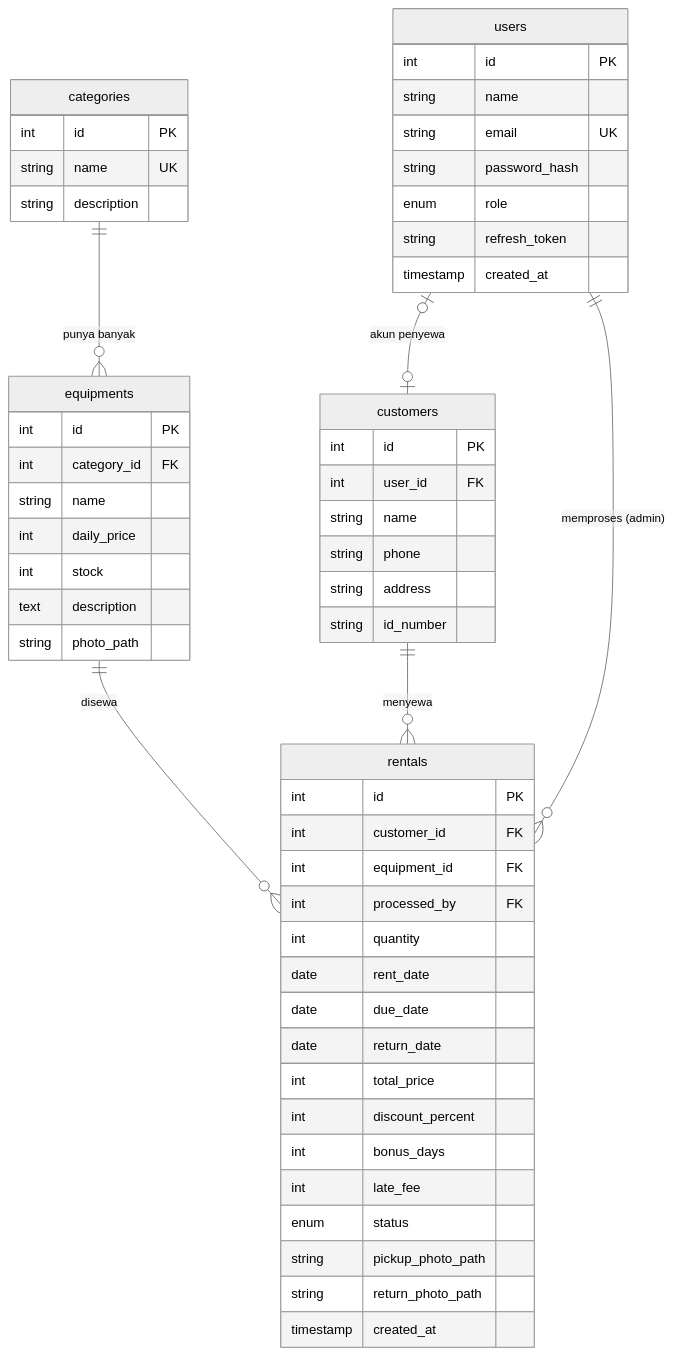
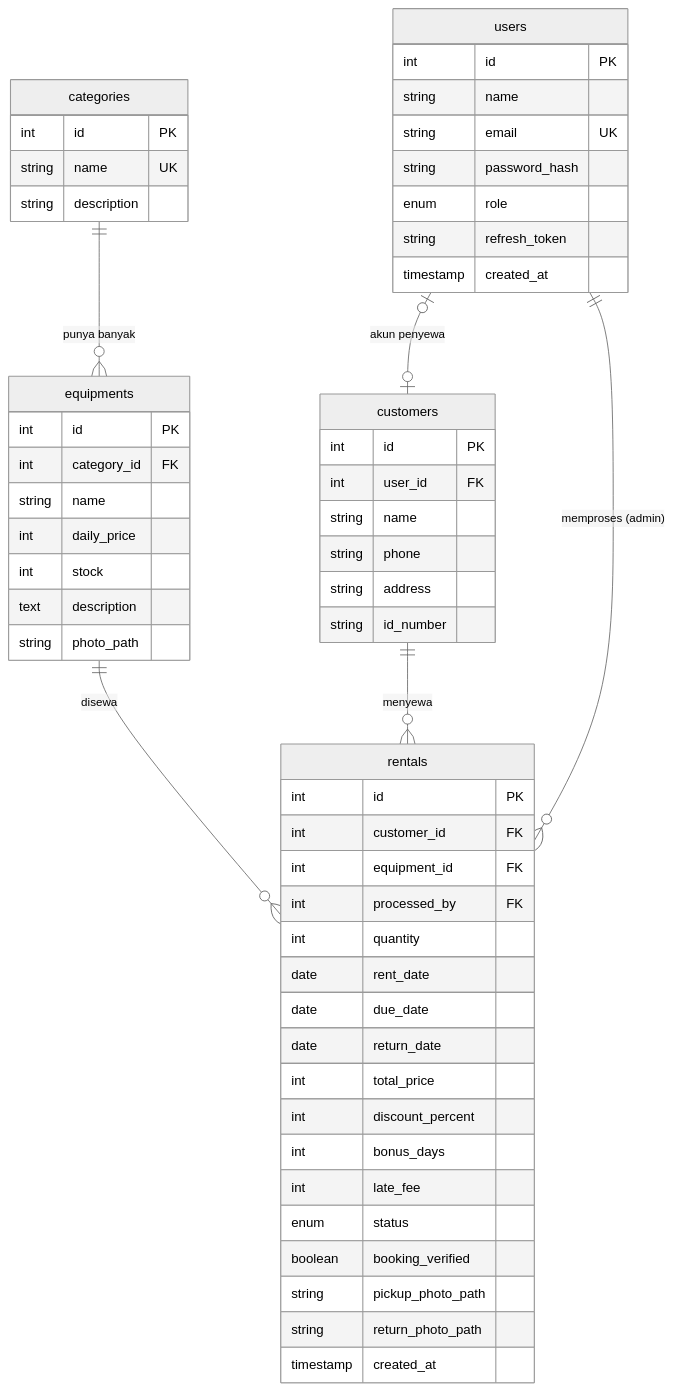
The diagram in README.md (wpiskaa/0024_CampKu), drawn with Mermaid (neutral theme) before and after one commit. The commit also changed other lines of this file and 2 other files, not shown here.

````diff
--- a/README.md
+++ b/README.md
@@ -93,14 +97,14 @@
 ```mermaid
 erDiagram
     categories ||--o{ equipments : "punya banyak"
     equipments ||--o{ rentals : "disewa"
     customers  ||--o{ rentals : "menyewa"
     users      ||--o{ rentals : "memproses (admin)"
     users      |o--o| customers : "akun penyewa"
 
     users { int id PK  string name  string email UK  string password_hash  enum role  string refresh_token  timestamp created_at }
     categories { int id PK  string name UK  string description }
     equipments { int id PK  int category_id FK  string name  int daily_price  int stock  text description  string photo_path }
     customers { int id PK  int user_id FK  string name  string phone  string address  string id_number }
-    rentals { int id PK  int customer_id FK  int equipment_id FK  int processed_by FK  int quantity  date rent_date  date due_date  date return_date  int total_price  int discount_percent  int bonus_days  int late_fee  enum status  string pickup_photo_path  string return_photo_path  timestamp created_at }
+    rentals { int id PK  int customer_id FK  int equipment_id FK  int processed_by FK  int quantity  date rent_date  date due_date  date return_date  int total_price  int discount_percent  int bonus_days  int late_fee  enum status  boolean booking_verified  string pickup_photo_path  string return_photo_path  timestamp created_at }
 ```
````
